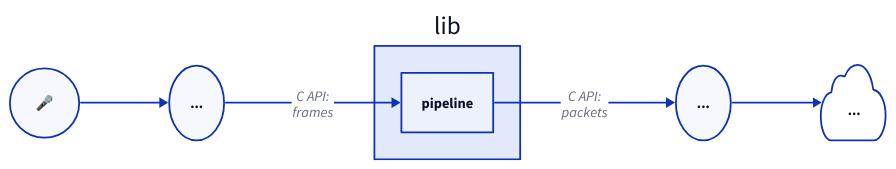
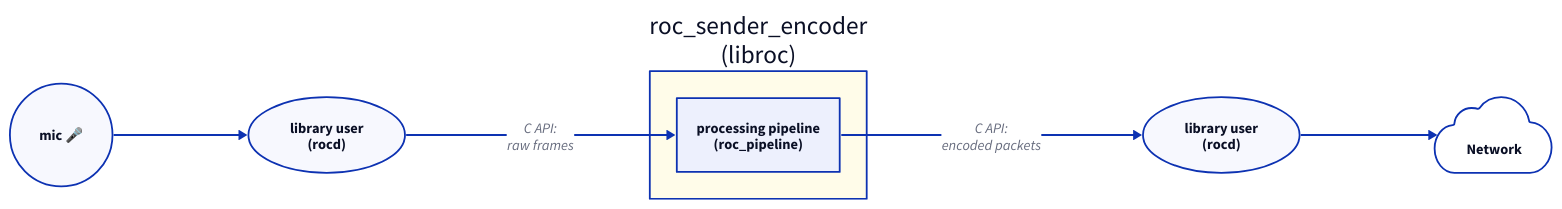
One commit to roc-streaming/rocd changed the diagram in docs/assets/dia/roc-toolkit-apis-1.d2. Above: the diagram before and after it, drawn with D2. The commit also changed 27 other files, not shown here.

```diff
--- a/docs/assets/dia/roc-toolkit-apis-1.d2
+++ b/docs/assets/dia/roc-toolkit-apis-1.d2
@@ -1,17 +1,31 @@
+vars: {
+  d2-config: {
+    theme-overrides: {
+      B4: "#fffce9"
+    }
+  }
+}
+
 direction: right
 
-frame_preparator: "..."
+frame_preparator: library user\n(rocd)
 frame_preparator.shape: oval
 
-packet_sender: "..."
+packet_sender: library user\n(rocd)
 packet_sender.shape: oval
 
-internet: "..."
+internet: Network
 internet.shape: cloud
 
-🎤.shape: circle
-🎤 -> frame_preparator
+mic: mic 🎤 {
+  shape: circle
+}
+mic -> frame_preparator
 
-frame_preparator -> lib.pipeline: C API:\nframes
-lib.pipeline -> packet_sender: C API:\npackets
+libroc: roc_sender_encoder\n(libroc) {
+  pipeline: processing pipeline\n(roc_pipeline)
+}
+
+frame_preparator -> libroc.pipeline: C API:\nraw frames
+libroc.pipeline -> packet_sender: C API:\nencoded packets
 packet_sender -> internet
```
